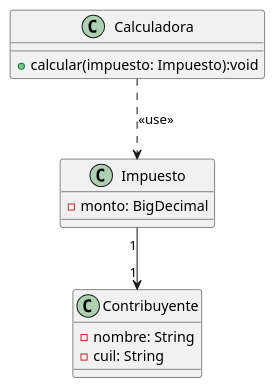
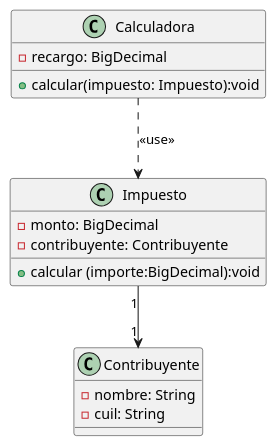
One commit to guillecampoy/tp5-UML changed the diagram in docs/uml/plantuml/12-impuesto-contribuyente-calculadora.puml. Above: the diagram before and after it, drawn with PlantUML. The commit also changed 13 other files, not shown here.

Commit message:
Se ajustan archivos puml(UML) con nombres de variables, atributos faltantes

```diff
--- a/docs/uml/plantuml/12-impuesto-contribuyente-calculadora.puml
+++ b/docs/uml/plantuml/12-impuesto-contribuyente-calculadora.puml
@@ -1,19 +1,22 @@
 @startuml
 class Impuesto {
 -monto: BigDecimal
+-contribuyente: Contribuyente
++calcular (importe:BigDecimal):void
 
 }
 
 class Contribuyente {
 -nombre: String
 -cuil: String
 
 }
 
 class Calculadora {
+-recargo: BigDecimal
 +calcular(impuesto: Impuesto):void
 
 }
 Impuesto "1" --> "1" Contribuyente
 Calculadora ..> Impuesto : <<use>>
 @enduml
```
